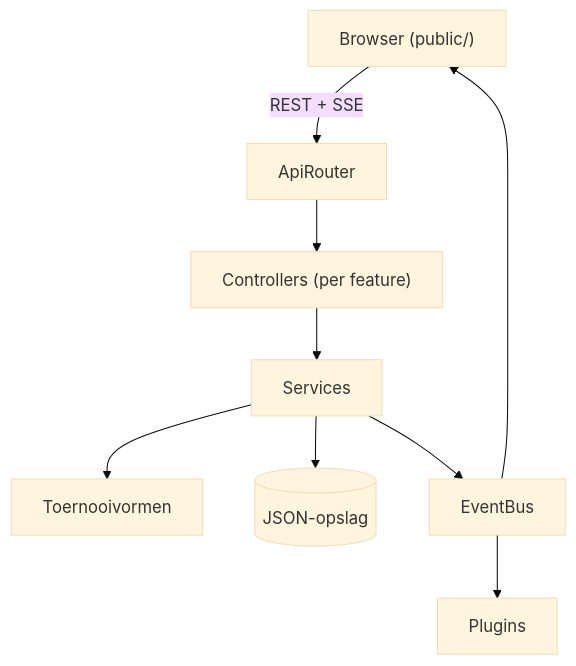
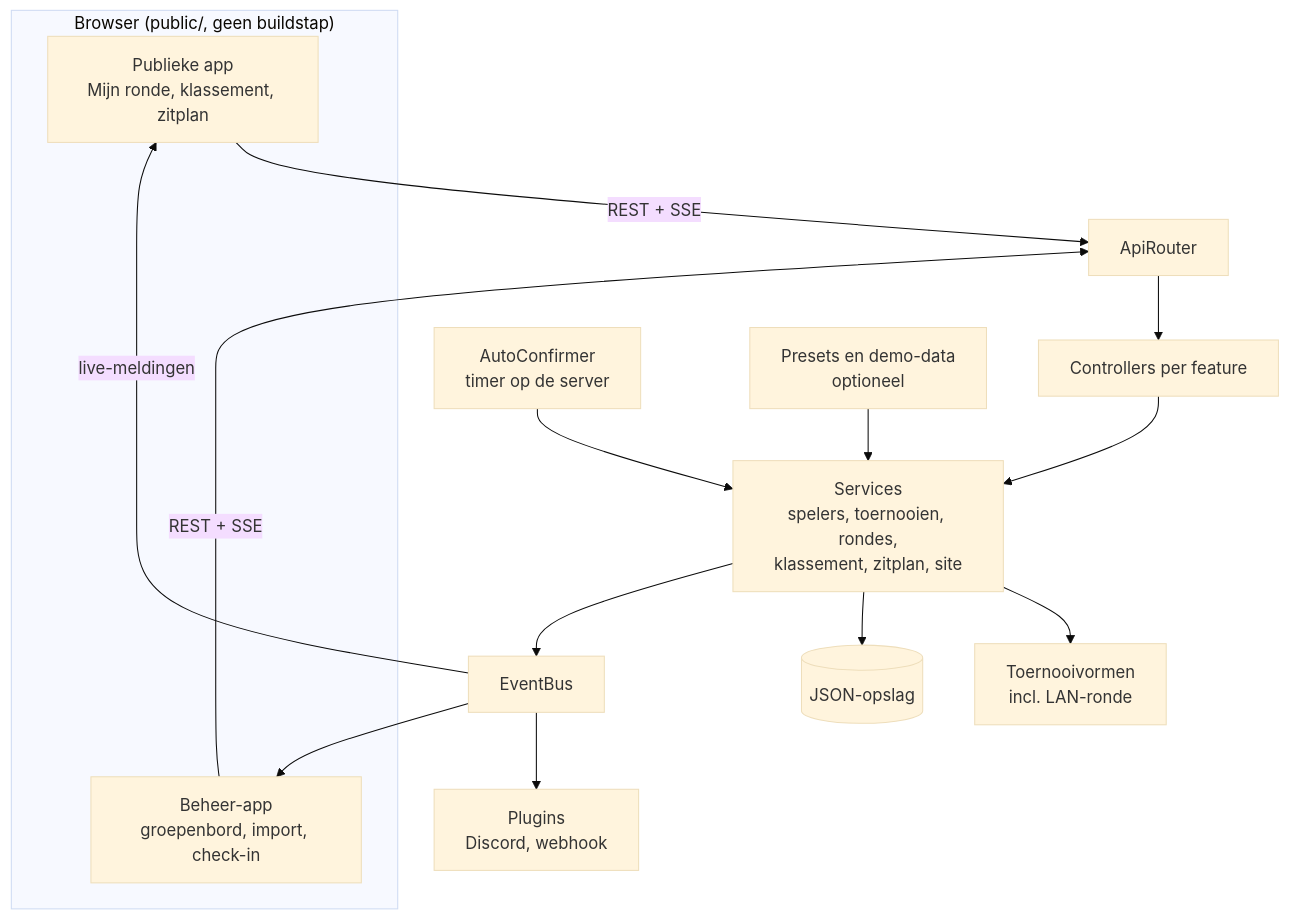
Diagram 12 of 13 in README.md (kyell182/lan-portaal), drawn with Mermaid (base theme) before and after one commit. The commit also changed other lines of this file, not shown here.

Commit message:
Verduidelijk de README met mermaid-schema's

````diff
--- a/README.md
+++ b/README.md
@@ -327,11 +439,19 @@
 ```mermaid
 flowchart TB
-    Browser["Browser (public/)"] -->|"REST + SSE"| Router["ApiRouter"]
-    Router --> Controllers["Controllers (per feature)"]
-    Controllers --> Services["Services"]
-    Services --> Formats["Toernooivormen"]
+    subgraph Frontend["Browser (public/, geen buildstap)"]
+        Pub["Publieke app<br/>Mijn ronde, klassement, zitplan"]
+        Adm["Beheer-app<br/>groepenbord, import, check-in"]
+    end
+    Pub -->|"REST + SSE"| Router["ApiRouter"]
+    Adm -->|"REST + SSE"| Router
+    Router --> Controllers["Controllers per feature"]
+    Controllers --> Services["Services<br/>spelers, toernooien, rondes,<br/>klassement, zitplan, site"]
+    Services --> Formats["Toernooivormen<br/>incl. LAN-ronde"]
     Services --> Store[("JSON-opslag")]
     Services --> Bus["EventBus"]
-    Bus --> Browser
-    Bus --> Plugins["Plugins"]
+    Bus -->|"live-meldingen"| Pub
+    Bus --> Adm
+    Bus --> Plugins["Plugins<br/>Discord, webhook"]
+    Timer["AutoConfirmer<br/>timer op de server"] --> Services
+    Presets["Presets en demo-data<br/>optioneel"] --> Services
 ```
````
